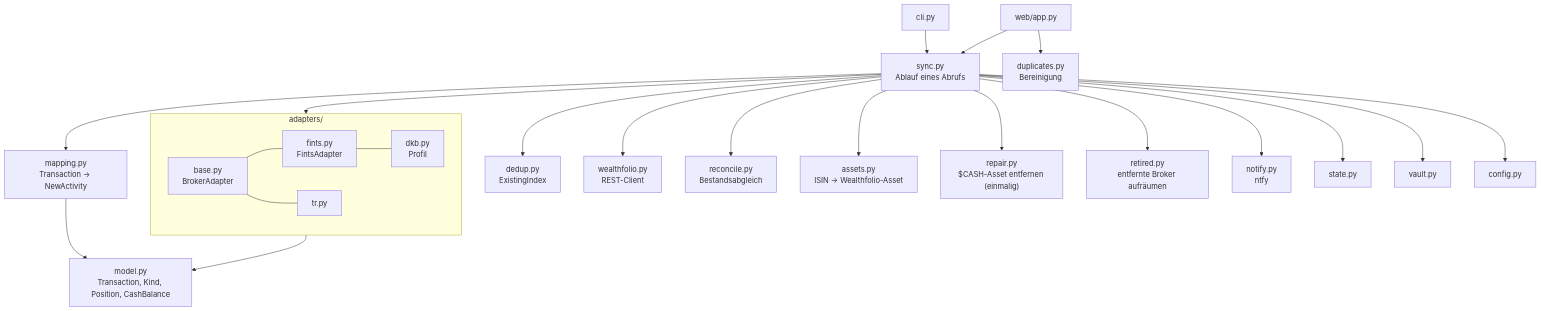
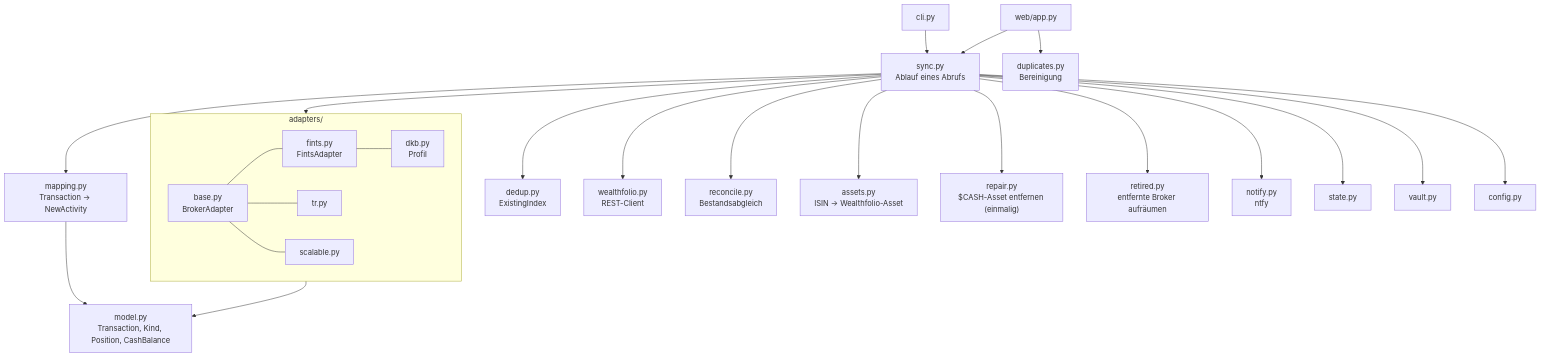
The second of 3 diagrams in ARCHITECTURE.md (waldonso2/Wealthfolio-broker-sync-service), drawn with Mermaid before and after one commit. The commit also changed other lines of this file and 21 other files, not shown here.

````diff
--- a/ARCHITECTURE.md
+++ b/ARCHITECTURE.md
@@ -40,22 +40,22 @@
 ```mermaid
 flowchart TB
   cli["cli.py"] --> sync
   web["web/app.py"] --> sync
   sync["sync.py<br/>Ablauf eines Abrufs"] --> adapters
   sync --> mapping["mapping.py<br/>Transaction → NewActivity"]
   sync --> dedup["dedup.py<br/>ExistingIndex"]
   sync --> wf["wealthfolio.py<br/>REST-Client"]
   sync --> reconcile["reconcile.py<br/>Bestandsabgleich"]
   sync --> assets["assets.py<br/>ISIN → Wealthfolio-Asset"]
   sync --> repair["repair.py<br/>$CASH-Asset entfernen (einmalig)"]
   sync --> retired["retired.py<br/>entfernte Broker aufräumen"]
   sync --> notify["notify.py<br/>ntfy"]
   sync --> state["state.py"] & vault["vault.py"] & config["config.py"]
   web --> duplicates["duplicates.py<br/>Bereinigung"]
   subgraph adapters["adapters/"]
-    base["base.py<br/>BrokerAdapter"] --- fints["fints.py<br/>FintsAdapter"] & tr["tr.py"]
+    base["base.py<br/>BrokerAdapter"] --- fints["fints.py<br/>FintsAdapter"] & tr["tr.py"] & scalable["scalable.py"]
     fints --- dkb["dkb.py<br/>Profil"]
   end
   adapters --> model["model.py<br/>Transaction, Kind, Position, CashBalance"]
   mapping --> model
 ```
````
